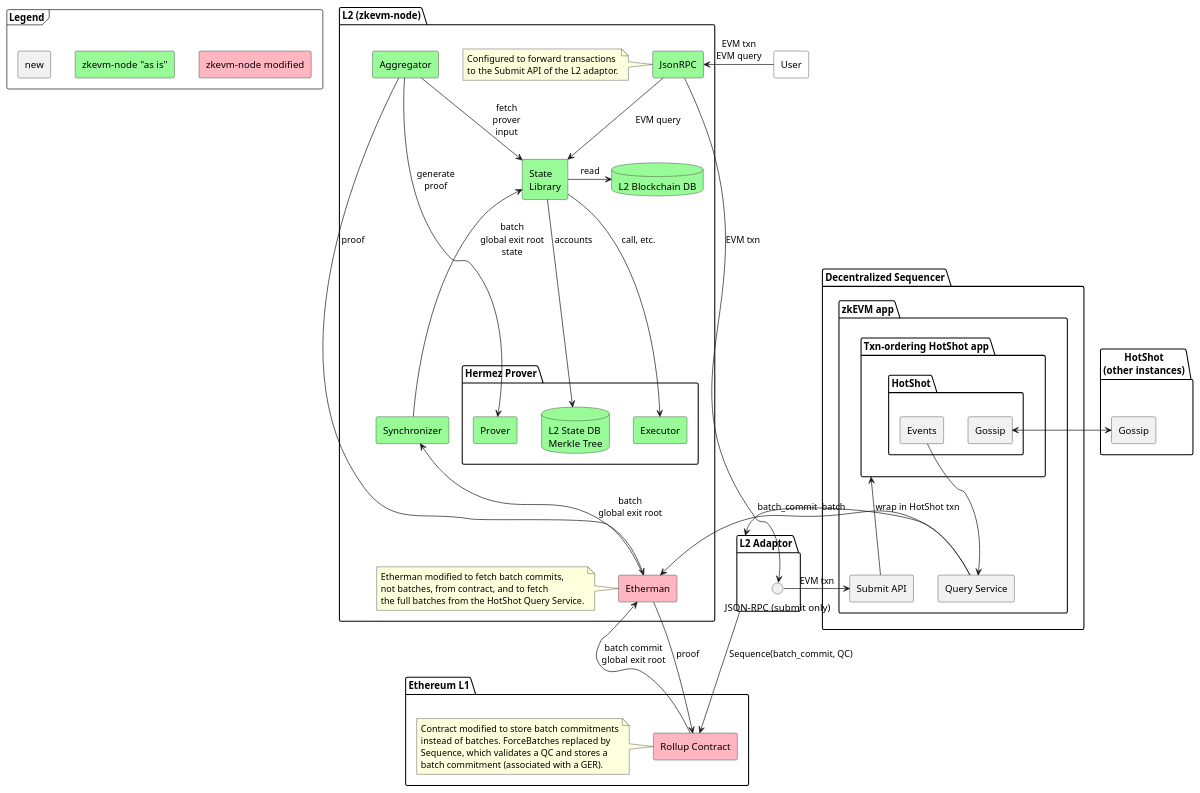
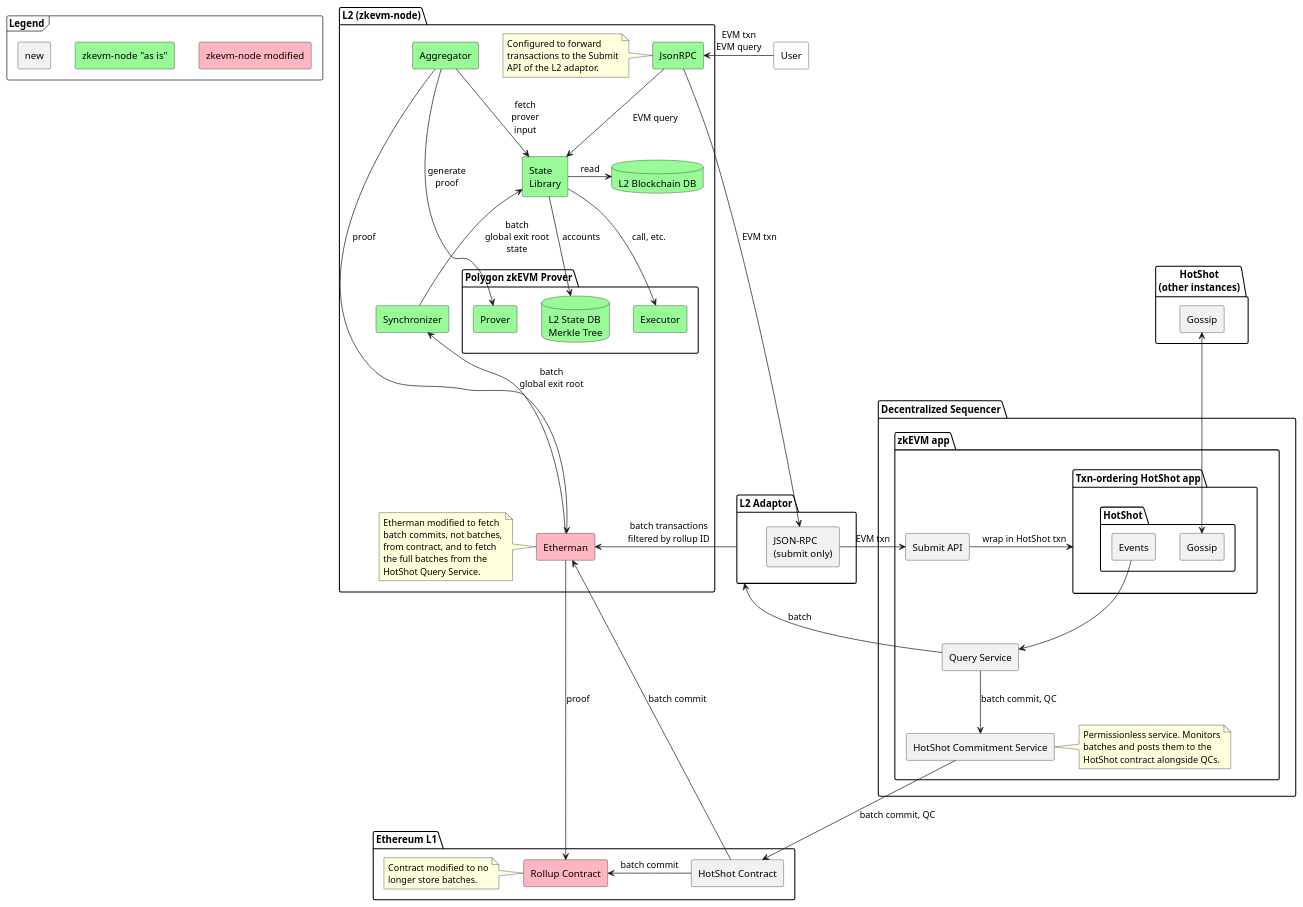
Before and after one commit to EspressoSystems/espresso-polygon-zkevm-demo: the diagram in doc/architecture_phase2.puml, drawn with PlantUML. The commit also changed 4 other files, not shown here.

First line of the commit message:
Update architecture figure (#42)

```diff
--- a/doc/architecture_phase2.puml
+++ b/doc/architecture_phase2.puml
@@ -1,109 +1,112 @@
 @startuml
 skinparam componentStyle rectangle
 
 frame Legend {
   component "zkevm-node "as is"" as Original #PaleGreen
   component "zkevm-node modified" as Modified #LightPink
   component "new" as New
 }
 
 New -[hidden]r-> Original
 Original -[hidden]r-> Modified
 
 component User #White
 package "HotShot\n(other instances)" as HotShotExternal {
   component "Gossip" as GossipExternal
 }
 
 package "Decentralized Sequencer" {
   package "zkEVM app" as zkApp {
     component "Query Service" as QueryService
     component "Submit API" as Submit
     package "Txn-ordering HotShot app" as App {
       package HotShot {
         component "Gossip" as GossipInternal
         component "Events" as HotShotEvents
       }
     }
+    component "HotShot Commitment Service" as HotShotCommitment
+    note right of HotShotCommitment
+      Permissionless service. Monitors
+      batches and posts them to the
+      HotShot contract alongside QCs.
+    end note
   }
 }
 
 package "L2 Adaptor" as Adaptor {
-  interface "JSON-RPC (submit only)" as AdaptorSubmit
+  component "JSON-RPC\n(submit only)" as AdaptorSubmit
 }
 
 package "Ethereum L1" as L1 {
   component "Rollup Contract" as Rollup #LightPink
   note left of Rollup
-    Contract modified to store batch commitments
-    instead of batches. ForceBatches replaced by
-    Sequence, which validates a QC and stores a
-    batch commitment (associated with a GER).
+    Contract modified to no
+    longer store batches.
   end note
-  ' component "Bridge L1" as BridgeL1 #PaleGreen
+  component "HotShot Contract" as HotShotContract
 }
 
 
 package "L2 (zkevm-node)" as L2 {
   component JsonRPC #PaleGreen
   note left of JsonRPC
-    Configured to forward transactions
-    to the Submit API of the L2 adaptor.
+    Configured to forward
+    transactions to the Submit
+    API of the L2 adaptor.
   end note
   database L2DB #PaleGreen [
     L2 Blockchain DB
   ]
-  package "Hermez Prover" as HermezProver {
+  package "Polygon zkEVM Prover" as zkEVMProver {
     component Prover #PaleGreen
     component Executor #PaleGreen
     database Tree #PaleGreen [
       L2 State DB
       Merkle Tree
     ]
   }
-  'component "Bridge L2" as BridgeL2 #PaleGreen
   component Etherman #LightPink
   note left of Etherman
-    Etherman modified to fetch batch commits,
-    not batches, from contract, and to fetch
-    the full batches from the HotShot Query Service.
+    Etherman modified to fetch
+    batch commits, not batches,
+    from contract, and to fetch
+    the full batches from the
+    HotShot Query Service.
   end note
   component Aggregator #PaleGreen
   component "State\nLibrary" as State #PaleGreen
   component Synchronizer #PaleGreen
 }
 
-User -> JsonRPC: EVM txn\nEVM query
-'User -[hidden]> Submit
-'positions the User box in a better place
-'User -[hidden]> L2
+User -left-> JsonRPC: EVM txn\nEVM query
 
 JsonRPC -> AdaptorSubmit: EVM txn
 AdaptorSubmit -> Submit: EVM txn
 
-GossipInternal <-> GossipExternal
+GossipInternal <-up-> GossipExternal
 
-QueryService -> Adaptor: batch_commit
-Adaptor -> Rollup: Sequence(batch_commit, QC)
-
+Rollup <- HotShotContract: batch commit
 JsonRPC --> State: EVM query
 
 State -> L2DB: read
 State --> Tree: accounts
 State --> Executor: call, etc.
 
 Aggregator --> State: fetch\nprover\ninput
 Aggregator --> Etherman: proof
 Aggregator --> Prover: generate\nproof
 Etherman --> Rollup: proof
-Etherman <- Rollup: batch commit\nglobal exit root
-Etherman <- QueryService: batch
+Etherman <-right- HotShotContract: batch commit
+Etherman <- Adaptor: batch transactions\nfiltered by rollup ID
+Adaptor <- QueryService: batch
 Synchronizer <-- Etherman: batch\nglobal exit root
 State <-- Synchronizer: batch\nglobal exit root\nstate
 
-' Prover ..> BridgeL2
-' User --> BridgeL1
-Submit -up-> App: wrap in HotShot txn
+Submit -> App: wrap in HotShot txn
 HotShotEvents -down-> QueryService
 
+QueryService -down-> HotShotCommitment: batch commit, QC
+HotShotCommitment -down-> HotShotContract: batch commit, QC
+
 @enduml
```
